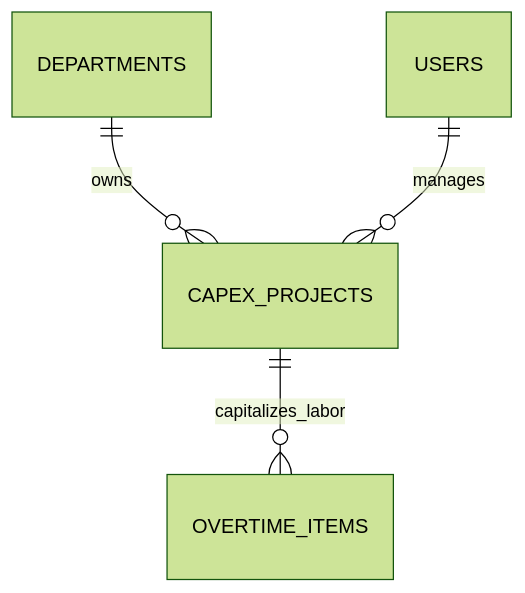
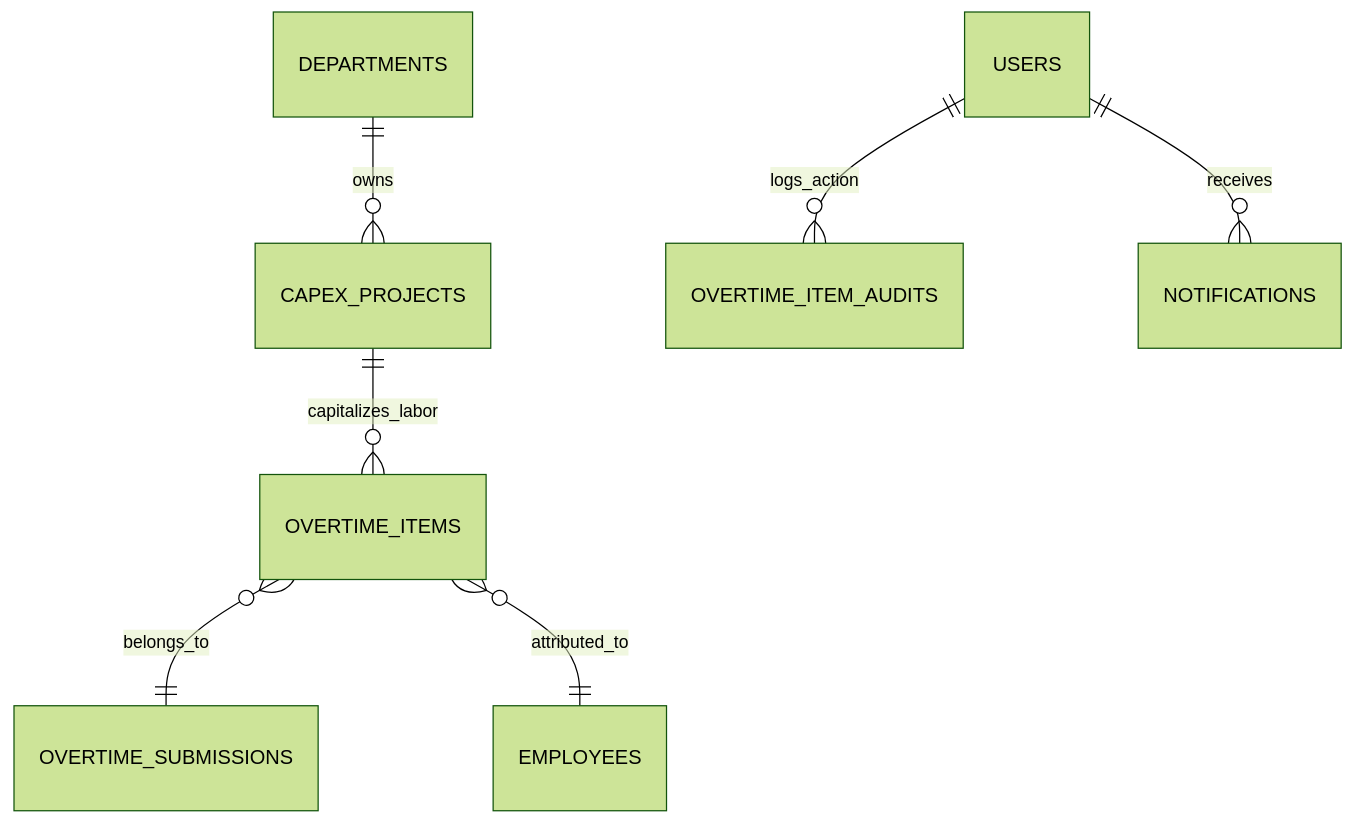
Before and after one commit to ZulfikarHD/overtime-app: the second of 2 diagrams in docs/dev-docs/features/capex-project-labor.md, drawn with Mermaid (forest theme). The commit also changed other lines of this file and 21 other files, not shown here.

````diff
--- a/docs/dev-docs/features/capex-project-labor.md
+++ b/docs/dev-docs/features/capex-project-labor.md
@@ -26,6 +55,9 @@
 ```mermaid
 erDiagram
     DEPARTMENTS ||--o{ CAPEX_PROJECTS : owns
     CAPEX_PROJECTS ||--o{ OVERTIME_ITEMS : capitalizes_labor
-    USERS ||--o{ CAPEX_PROJECTS : manages
+    OVERTIME_ITEMS }o--|| OVERTIME_SUBMISSIONS : belongs_to
+    OVERTIME_ITEMS }o--|| EMPLOYEES : attributed_to
+    USERS ||--o{ OVERTIME_ITEM_AUDITS : logs_action
+    USERS ||--o{ NOTIFICATIONS : receives
 ```
````
